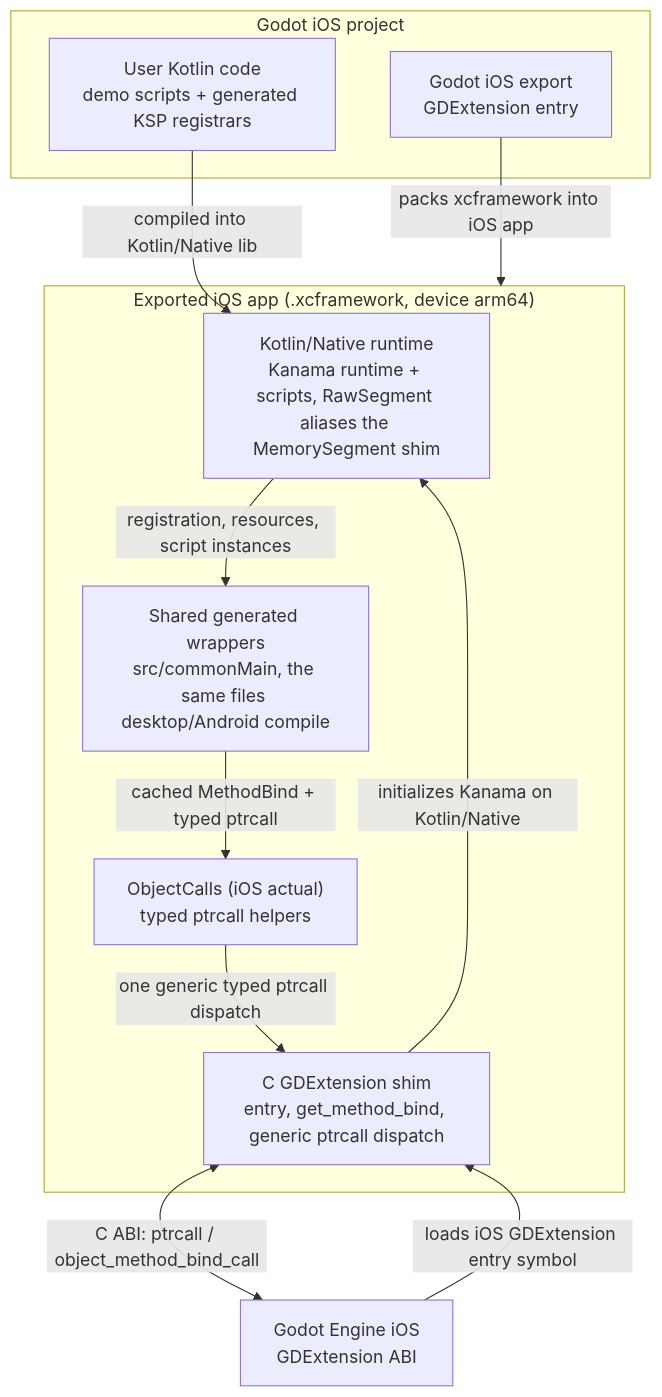
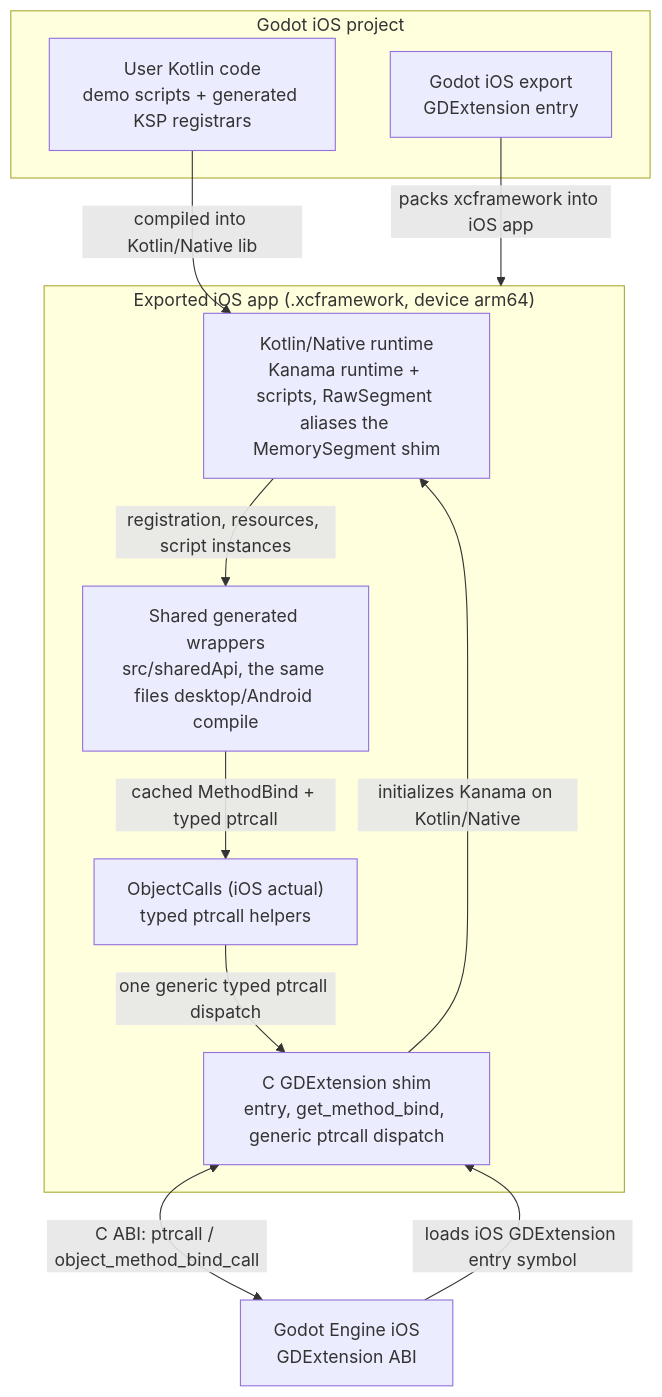
Before and after one commit to falcon4ever/kanama: the third of 5 diagrams in docs/contributing/architecture.md, drawn with Mermaid. The commit also changed other lines of this file and 2205 other files, not shown here.

````diff
--- a/docs/contributing/architecture.md
+++ b/docs/contributing/architecture.md
@@ -84,25 +84,25 @@
 ```mermaid
 flowchart TB
     subgraph PROJECT["Godot iOS project"]
         USER["User Kotlin code<br/>demo scripts + generated KSP registrars"]
         EXPORT["Godot iOS export<br/>GDExtension entry"]
     end
 
     subgraph APP["Exported iOS app (.xcframework, device arm64)"]
         KN["Kotlin/Native runtime<br/>Kanama runtime + scripts, RawSegment aliases the MemorySegment shim"]
-        WRAP["Shared generated wrappers<br/>src/commonMain, the same files desktop/Android compile"]
+        WRAP["Shared generated wrappers<br/>src/sharedApi, the same files desktop/Android compile"]
         OC["ObjectCalls (iOS actual)<br/>typed ptrcall helpers"]
         SHIM["C GDExtension shim<br/>entry, get_method_bind, generic ptrcall dispatch"]
     end
 
     GODOT["Godot Engine iOS<br/>GDExtension ABI"]
 
     USER -->|"compiled into Kotlin/Native lib"| KN
     EXPORT -->|"packs xcframework into iOS app"| APP
     GODOT -->|"loads iOS GDExtension entry symbol"| SHIM
     SHIM -->|"initializes Kanama on Kotlin/Native"| KN
     KN -->|"registration, resources, script instances"| WRAP
     WRAP -->|"cached MethodBind + typed ptrcall"| OC
     OC -->|"one generic typed ptrcall dispatch"| SHIM
     SHIM <-->|"C ABI: ptrcall / object_method_bind_call"| GODOT
 ```
````
